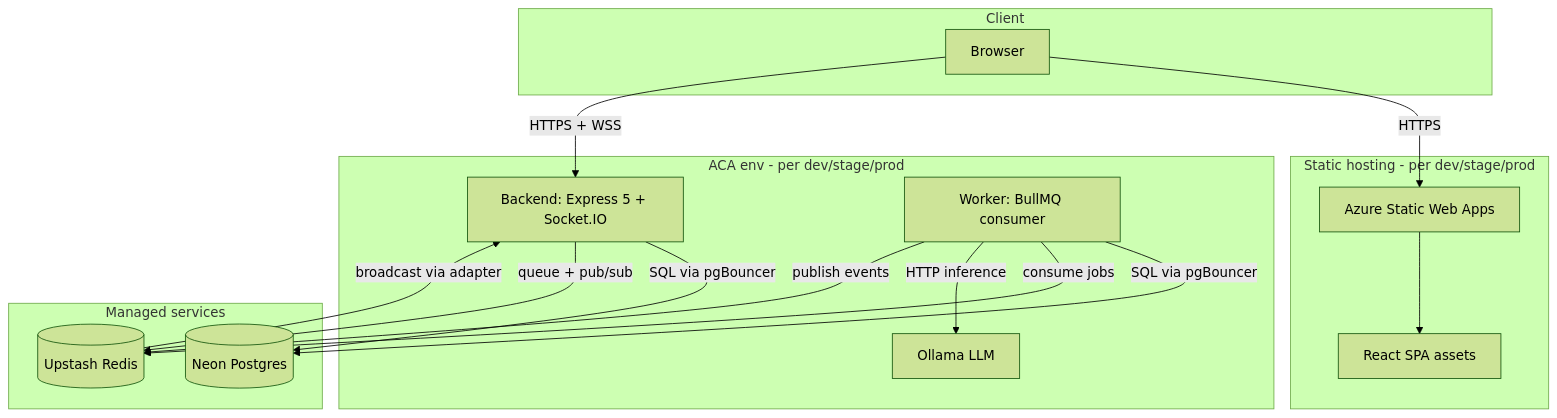
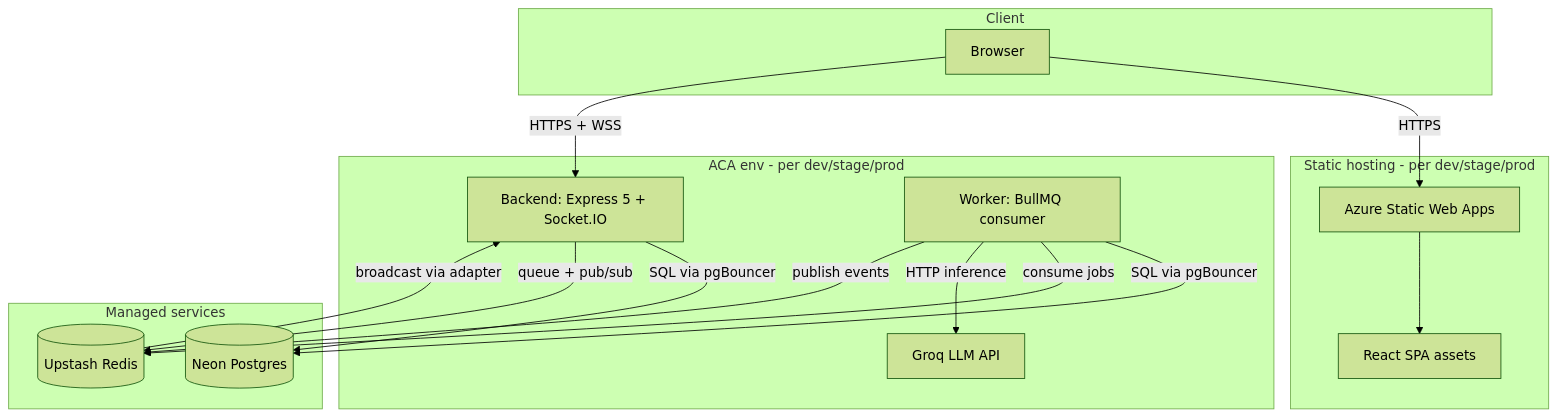
Before and after one commit to The-Diplomats/Diplomacy: diagram 12 of 18 in MilestoneSubmissions/DESIGN_DOC.md, drawn with Mermaid (forest theme). The commit also changed other lines of this file and 9 other files, not shown here.

````diff
--- a/MilestoneSubmissions/DESIGN_DOC.md
+++ b/MilestoneSubmissions/DESIGN_DOC.md
@@ -287,29 +308,29 @@
 ```mermaid
 graph TB
     subgraph "Client"
         BR[Browser]
     end
     subgraph "Static hosting - per dev/stage/prod"
         SWA[Azure Static Web Apps]
         FE[React SPA assets]
         SWA --> FE
     end
     subgraph "ACA env - per dev/stage/prod"
         BE[Backend: Express 5 + Socket.IO]
         WK[Worker: BullMQ consumer]
-        OLL[Ollama LLM]
+        OLL[Groq LLM API]
     end
     subgraph "Managed services"
         PG[(Neon Postgres)]
         RD[(Upstash Redis)]
     end
     BR -->|HTTPS| SWA
     BR -->|HTTPS + WSS| BE
     BE -->|SQL via pgBouncer| PG
     BE -->|queue + pub/sub| RD
     WK -->|SQL via pgBouncer| PG
     WK -->|consume jobs| RD
     WK -->|HTTP inference| OLL
     WK -->|publish events| RD
     RD -->|broadcast via adapter| BE
 ```
````
